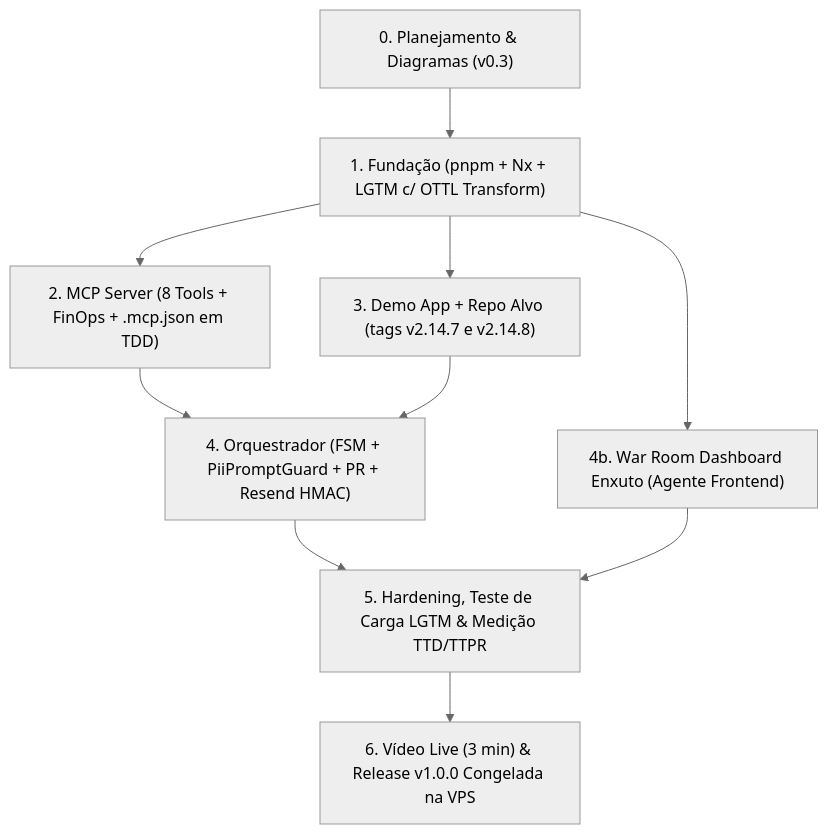
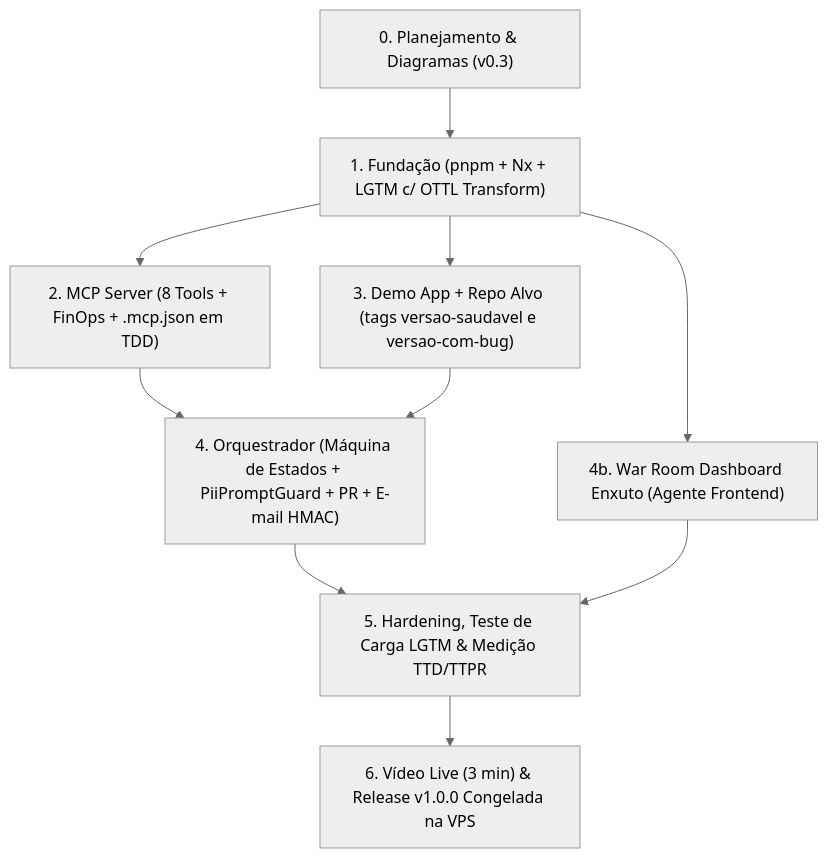
Before and after one commit to AdmilsonGoncalves/zeromttr: the fifth of 5 diagrams in docs/pt-BR/00_architecture_master.md, drawn with Mermaid (neutral theme). The commit also changed other lines of this file and 75 other files, not shown here.

````diff
--- a/docs/pt-BR/00_architecture_master.md
+++ b/docs/pt-BR/00_architecture_master.md
@@ -364,10 +371,10 @@
 ```mermaid
 flowchart TD
     F0["0. Planejamento & Diagramas (v0.3)"] --> F1["1. Fundação (pnpm + Nx + LGTM c/ OTTL Transform)"]
     F1 --> F2["2. MCP Server (8 Tools + FinOps + .mcp.json em TDD)"]
-    F1 --> F3["3. Demo App + Repo Alvo (tags v2.14.7 e v2.14.8)"]
+    F1 --> F3["3. Demo App + Repo Alvo (tags versao-saudavel e versao-com-bug)"]
     F1 --> F4B["4b. War Room Dashboard Enxuto (Agente Frontend)"]
-    F2 & F3 --> F4["4. Orquestrador (FSM + PiiPromptGuard + PR + Resend HMAC)"]
+    F2 & F3 --> F4["4. Orquestrador (Máquina de Estados + PiiPromptGuard + PR + E-mail HMAC)"]
     F4 & F4B --> F5["5. Hardening, Teste de Carga LGTM & Medição TTD/TTPR"]
     F5 --> F6["6. Vídeo Live (3 min) & Release v1.0.0 Congelada na VPS"]
 ```
````
